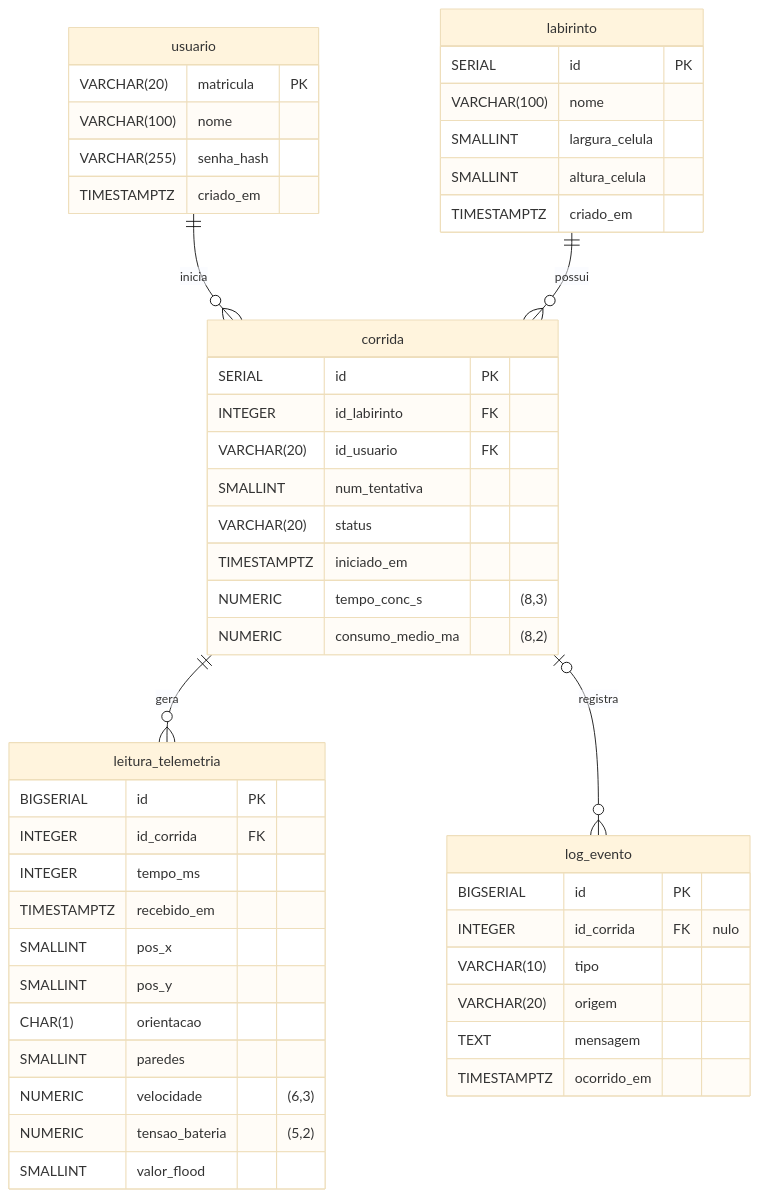
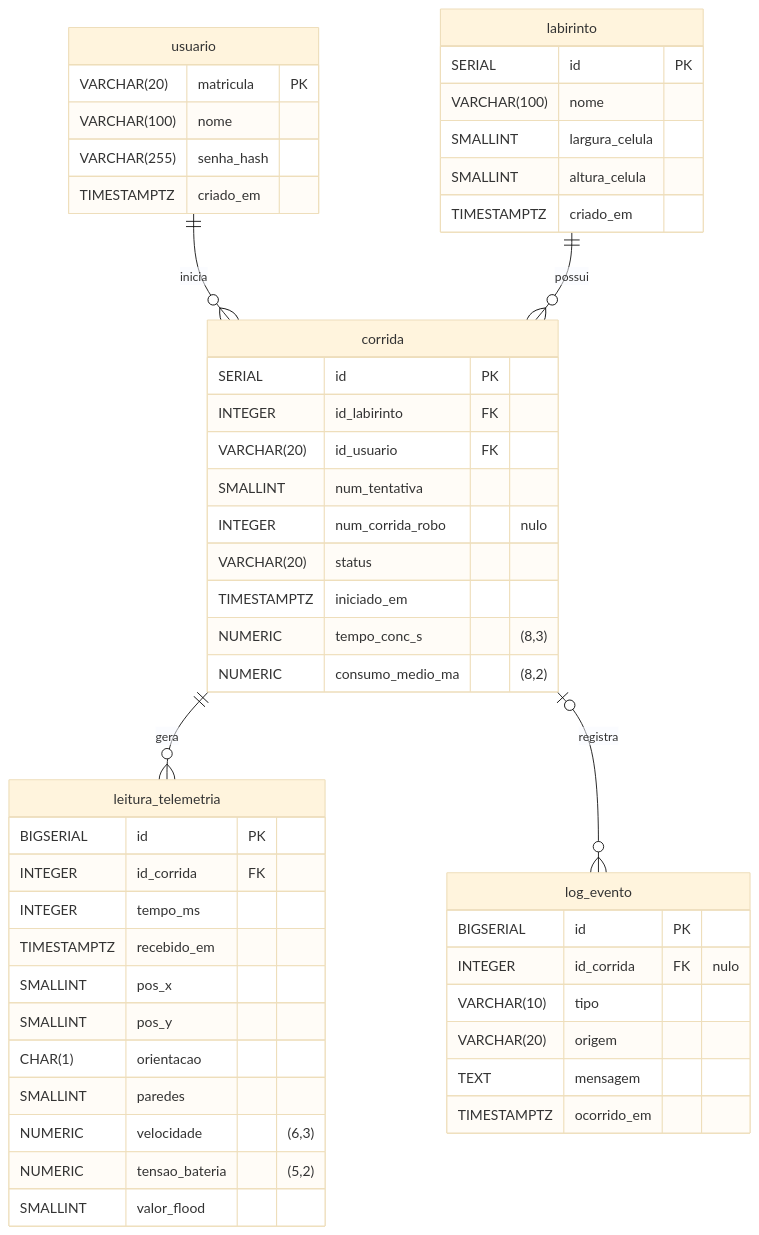
One commit to fcte-pi1/2026.2_PI1__Grupo2_Juliana changed the second of 2 diagrams in docs/4.4.4 - Persistencia de Dados.md. Above: the diagram before and after it, drawn with Mermaid (base theme). The commit also changed other lines of this file and 2 other files, not shown here.

````diff
--- a/docs/4.4.4 - Persistencia de Dados.md
+++ b/docs/4.4.4 - Persistencia de Dados.md
@@ -132,56 +133,57 @@
 ```mermaid
 erDiagram
     usuario ||--o{ corrida : inicia
     labirinto ||--o{ corrida : possui
     corrida ||--o{ leitura_telemetria : gera
     corrida |o--o{ log_evento : registra
 
     usuario {
         VARCHAR(20) matricula PK
         VARCHAR(100) nome
         VARCHAR(255) senha_hash
         TIMESTAMPTZ criado_em
     }
 
     labirinto {
         SERIAL id PK
         VARCHAR(100) nome
         SMALLINT largura_celula
         SMALLINT altura_celula
         TIMESTAMPTZ criado_em
     }
 
     corrida {
         SERIAL id PK
         INTEGER id_labirinto FK
         VARCHAR(20) id_usuario FK
         SMALLINT num_tentativa
+        INTEGER num_corrida_robo "nulo"
         VARCHAR(20) status
         TIMESTAMPTZ iniciado_em
         NUMERIC tempo_conc_s "(8,3)"
         NUMERIC consumo_medio_ma "(8,2)"
     }
 
     leitura_telemetria {
         BIGSERIAL id PK
         INTEGER id_corrida FK
         INTEGER tempo_ms
         TIMESTAMPTZ recebido_em
         SMALLINT pos_x
         SMALLINT pos_y
         CHAR(1) orientacao
         SMALLINT paredes
         NUMERIC velocidade "(6,3)"
         NUMERIC tensao_bateria "(5,2)"
         SMALLINT valor_flood
     }
 
     log_evento {
         BIGSERIAL id PK
         INTEGER id_corrida FK "nulo"
         VARCHAR(10) tipo
         VARCHAR(20) origem
         TEXT mensagem
         TIMESTAMPTZ ocorrido_em
     }
 ```
````
